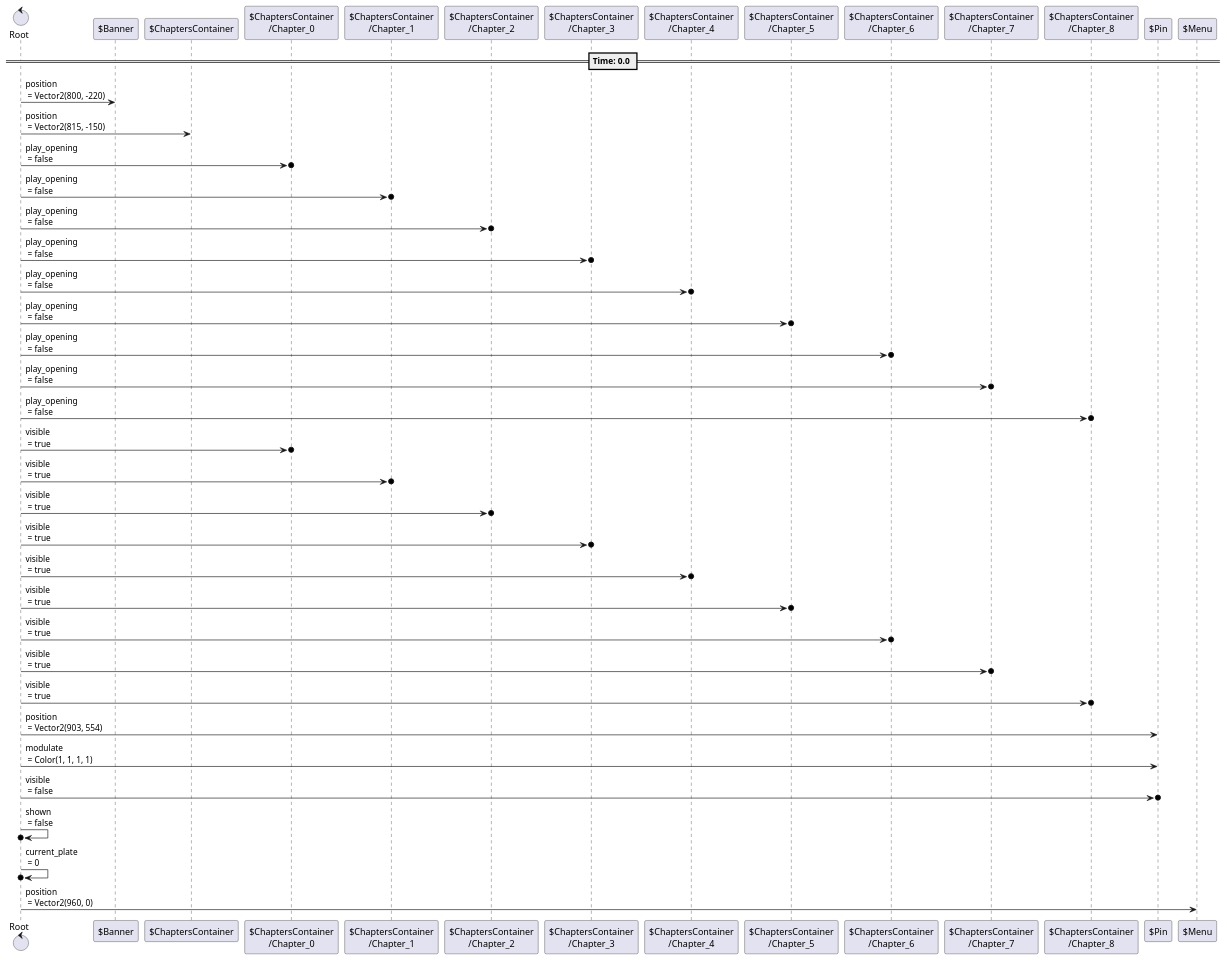
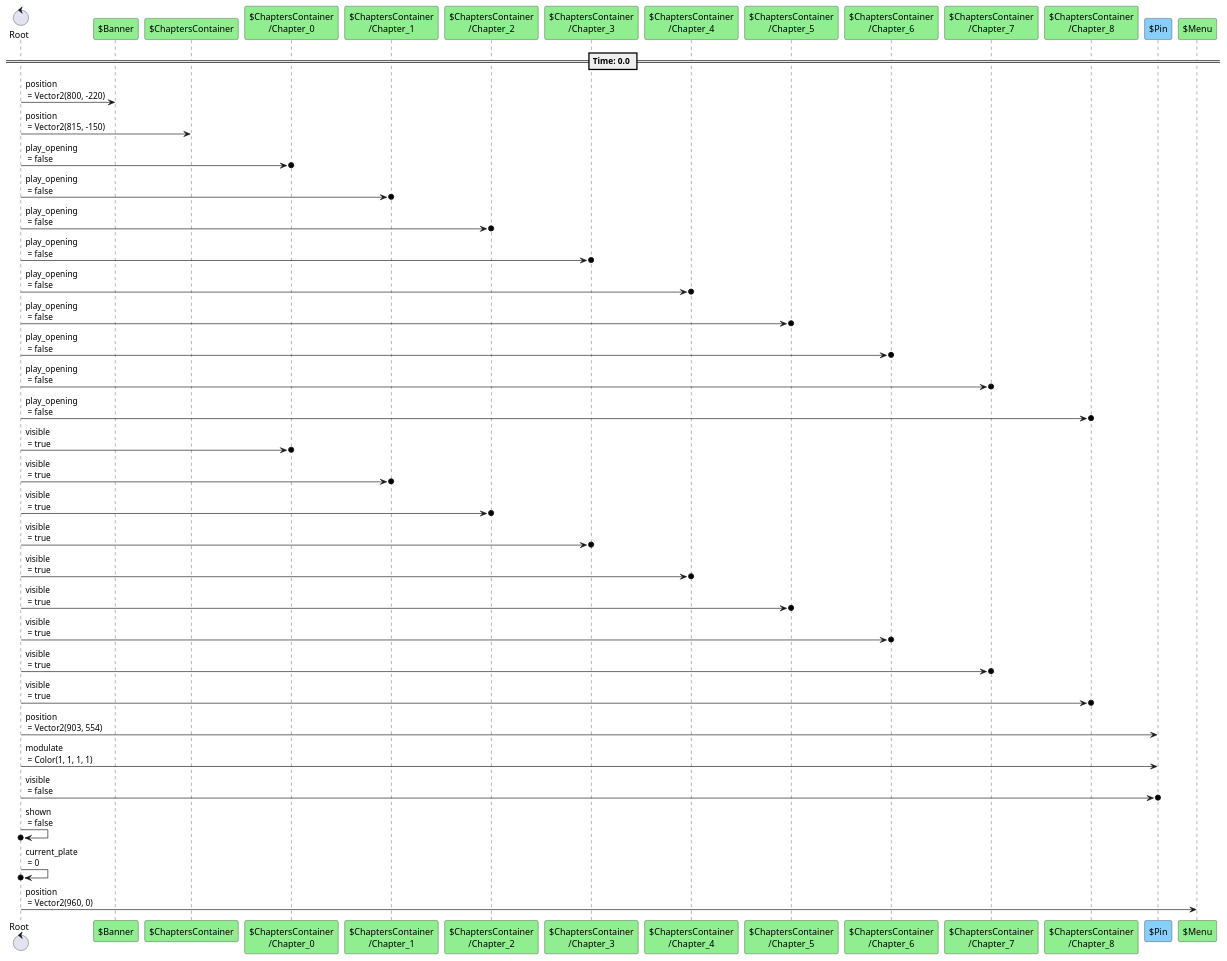
One commit to tkmfujise/Platformer-Game-Learning changed the fifth of 24 diagrams in content/scenes/src/beginning/chapters/chapters.tscn.adoc. Above: the diagram before and after it, drawn with PlantUML. The commit also changed other lines of this file and 67 other files, not shown here.

```diff
--- a/content/scenes/src/beginning/chapters/chapters.tscn.adoc
+++ b/content/scenes/src/beginning/chapters/chapters.tscn.adoc
@@ -452,49 +452,49 @@
 [plantuml]
 ....
 control "Root" as R
-participant "$Banner" as T0
-participant "$ChaptersContainer" as T1
-participant "$ChaptersContainer\n/Chapter_0" as T2
-participant "$ChaptersContainer\n/Chapter_1" as T3
-participant "$ChaptersContainer\n/Chapter_2" as T4
-participant "$ChaptersContainer\n/Chapter_3" as T5
-participant "$ChaptersContainer\n/Chapter_4" as T6
-participant "$ChaptersContainer\n/Chapter_5" as T7
-participant "$ChaptersContainer\n/Chapter_6" as T8
-participant "$ChaptersContainer\n/Chapter_7" as T9
-participant "$ChaptersContainer\n/Chapter_8" as T10
-participant "$Pin" as T20
-participant "$Menu" as T25
+participant "$Banner" as T0 #90EE90
+participant "$ChaptersContainer" as T1 #90EE90
+participant "$ChaptersContainer\n/Chapter_0" as T2 #90EE90
+participant "$ChaptersContainer\n/Chapter_1" as T3 #90EE90
+participant "$ChaptersContainer\n/Chapter_2" as T4 #90EE90
+participant "$ChaptersContainer\n/Chapter_3" as T5 #90EE90
+participant "$ChaptersContainer\n/Chapter_4" as T6 #90EE90
+participant "$ChaptersContainer\n/Chapter_5" as T7 #90EE90
+participant "$ChaptersContainer\n/Chapter_6" as T8 #90EE90
+participant "$ChaptersContainer\n/Chapter_7" as T9 #90EE90
+participant "$ChaptersContainer\n/Chapter_8" as T10 #90EE90
+participant "$Pin" as T20 #87CEFA
+participant "$Menu" as T25 #90EE90
 
 
 
 == Time: 0.0 ==
 R  ->  T0 : position\n = Vector2(800, -220)
 R  ->  T1 : position\n = Vector2(815, -150)
 R  ->o  T2 : play_opening\n = false
 R  ->o  T3 : play_opening\n = false
 R  ->o  T4 : play_opening\n = false
 R  ->o  T5 : play_opening\n = false
 R  ->o  T6 : play_opening\n = false
 R  ->o  T7 : play_opening\n = false
 R  ->o  T8 : play_opening\n = false
 R  ->o  T9 : play_opening\n = false
 R  ->o  T10 : play_opening\n = false
 R  ->o  T2 : visible\n = true
 R  ->o  T3 : visible\n = true
 R  ->o  T4 : visible\n = true
 R  ->o  T5 : visible\n = true
 R  ->o  T6 : visible\n = true
 R  ->o  T7 : visible\n = true
 R  ->o  T8 : visible\n = true
 R  ->o  T9 : visible\n = true
 R  ->o  T10 : visible\n = true
 R  ->  T20 : position\n = Vector2(903, 554)
 R  ->  T20 : modulate\n = Color(1, 1, 1, 1)
 R  ->o  T20 : visible\n = false
 R  ->o  R : shown\n = false
 R  ->o  R : current_plate\n = 0
 R  ->  T25 : position\n = Vector2(960, 0)
 
 
 ....
```
